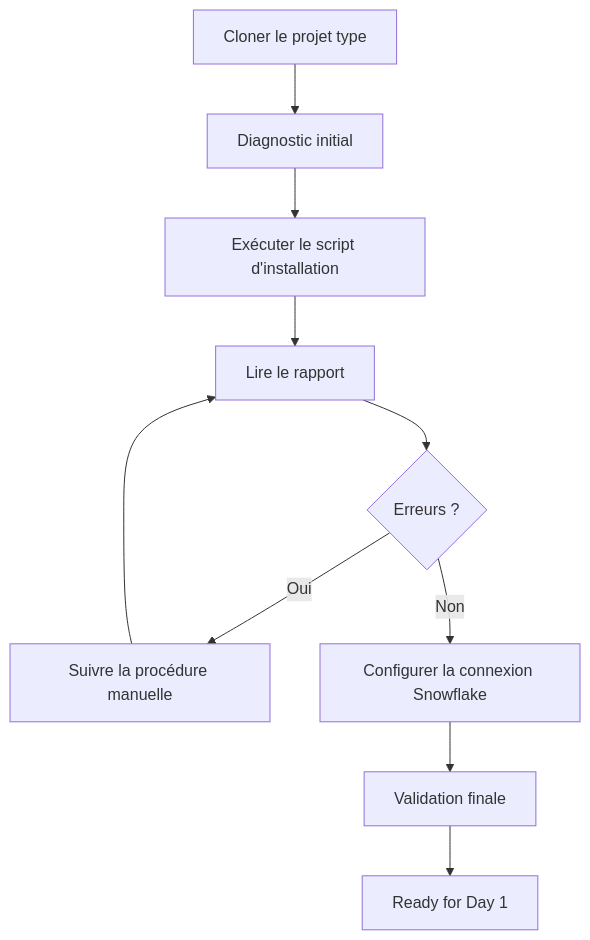
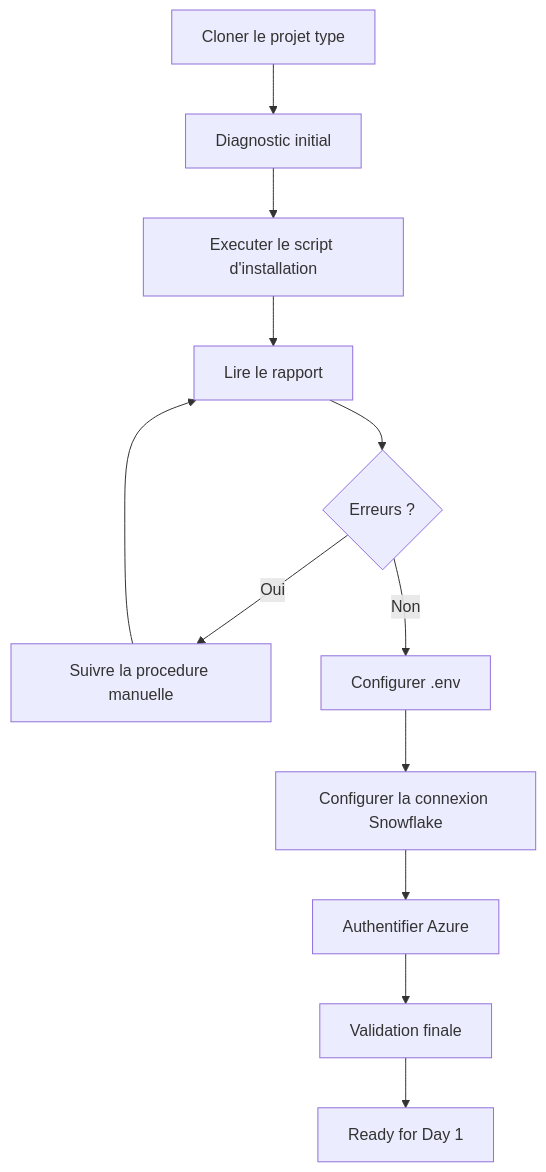
One commit to msellamiTN/Snowflake-terraform changed the diagram in courses/day-00/README.md. Above: the diagram before and after it, drawn with Mermaid. The commit also changed other lines of this file and 32 other files, not shown here.

````diff
--- a/courses/day-00/README.md
+++ b/courses/day-00/README.md
@@ -28,12 +28,14 @@
 ```mermaid
 flowchart TD
     CLONE[Cloner le projet type] --> DIAG[Diagnostic initial]
-    DIAG --> INSTALL[Exécuter le script d'installation]
+    DIAG --> INSTALL[Executer le script d'installation]
     INSTALL --> REPORT[Lire le rapport]
     REPORT --> FIX{Erreurs ?}
-    FIX -->|Oui| MANUAL[Suivre la procédure manuelle]
+    FIX -->|Oui| MANUAL[Suivre la procedure manuelle]
     MANUAL --> REPORT
-    FIX -->|Non| SNOW[Configurer la connexion Snowflake]
-    SNOW --> VALIDATE[Validation finale]
+    FIX -->|Non| ENV[Configurer .env]
+    ENV --> SNOW[Configurer la connexion Snowflake]
+    SNOW --> AZURE[Authentifier Azure]
+    AZURE --> VALIDATE[Validation finale]
     VALIDATE --> READY[Ready for Day 1]
 ```
````
